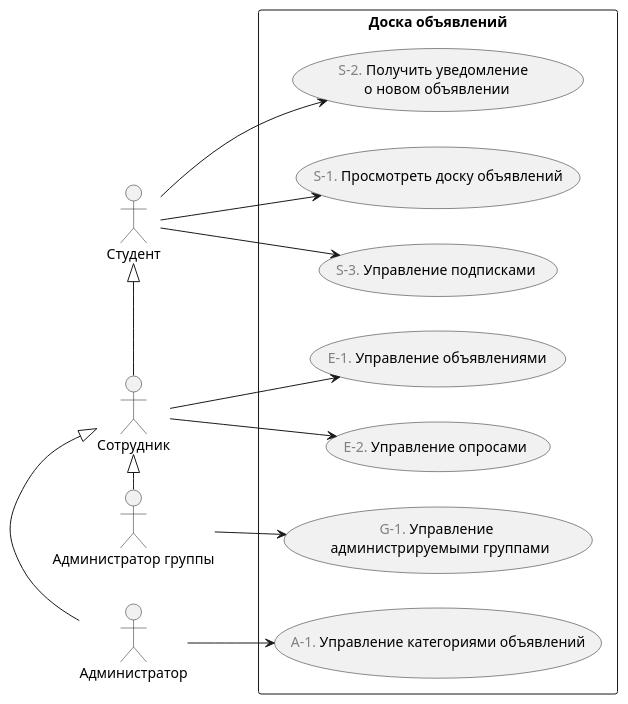
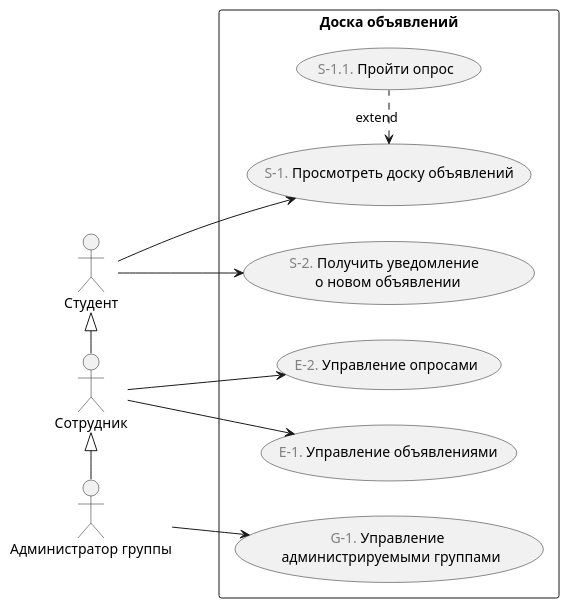
The diagram in doc/диаграммы/варианты-использования/_основная.puml (astu-app/ASTU-Bulletin-Board-Server), drawn with PlantUML before and after one commit. The commit also changed 9 other files, not shown here.

Commit message:
Удалил нереализованные варианты использования и добавил один новый в диаграмму и пометил удаляемые и добавляемые варианты использования в файле с реестром вариантов использования.

```diff
--- a/doc/диаграммы/варианты-использования/_основная.puml
+++ b/doc/диаграммы/варианты-использования/_основная.puml
@@ -1,27 +1,26 @@
 @startuml
 'https://plantuml.com/use-case-diagram 
 
 left to right direction
 
 :Студент: as student
 :Сотрудник: as employee
 :Администратор группы: as groupAdmin
-:Администратор: as admin
 
 rectangle "Доска объявлений" {
-    student --> (<font color="gray">S-1.</font> Просмотреть доску объявлений)
-    student --> (<font color="gray">S-3.</font> Управление подписками)
+    (<font color="gray">S-1.</font> Просмотреть доску объявлений) as view_board
+    (<font color="gray">S-1.1.</font> Пройти опрос) as take_survey
+    
+    student --> view_board
+    view_board <.right. take_survey : extend
     student --> (<font color="gray">S-2.</font> Получить уведомление \n о новом объявлении)
     
     student <|-r- employee
     employee --> (<font color="gray">E-2.</font> Управление опросами)
     employee --> (<font color="gray">E-1.</font> Управление объявлениями)
     
-    employee <|-r- admin
-    admin --> (<font color="gray">A-1.</font> Управление категориями объявлений)
-    
     employee <|-r- groupAdmin
     groupAdmin --> (<font color="gray">G-1.</font> Управление \n администрируемыми группами)
 }
 
 @enduml
```
